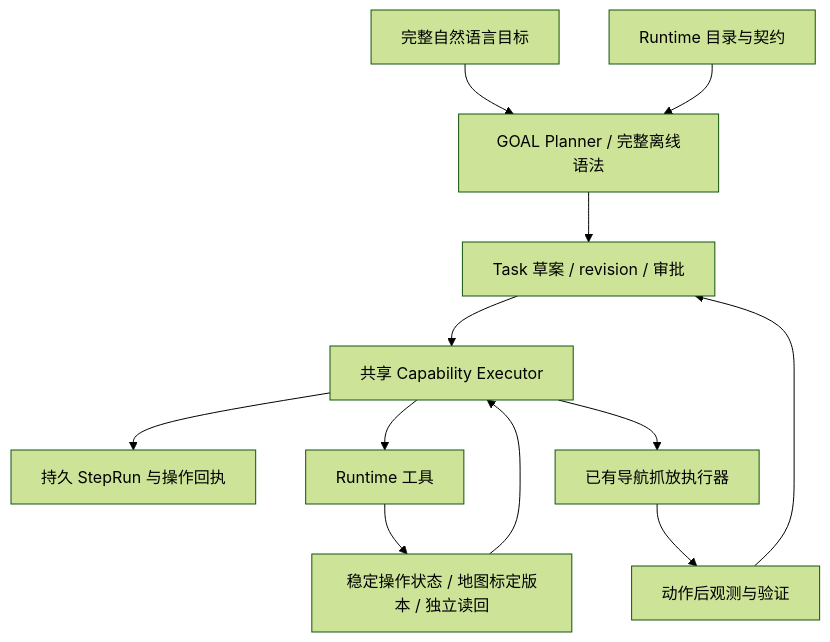
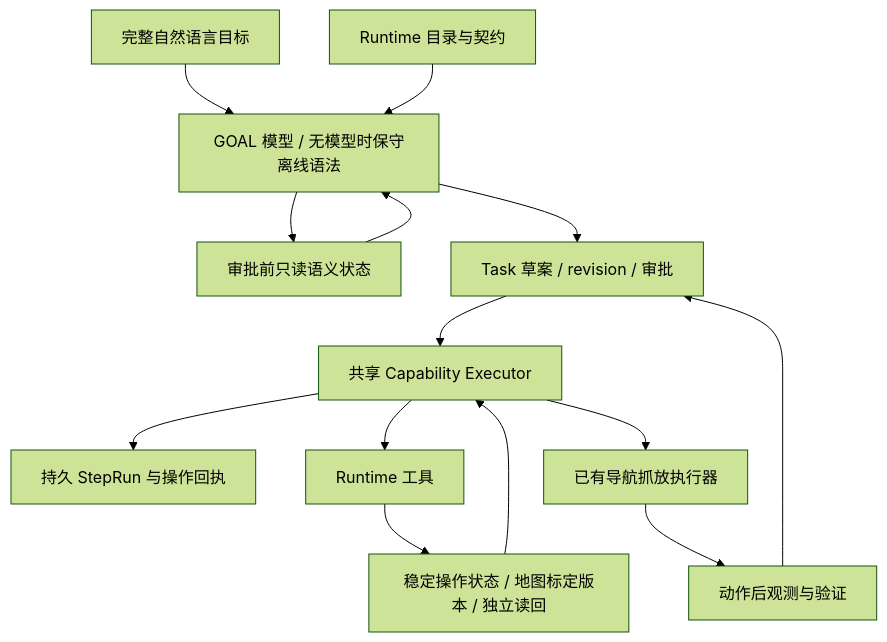
The diagram in docs/guides/unified-capability-goals.md (SUSTechWLA/tangying-robot-agent-os), drawn with Mermaid (forest theme) before and after one commit. The commit also changed other lines of this file and 27 other files, not shown here.

```diff
--- a/docs/guides/unified-capability-goals.md
+++ b/docs/guides/unified-capability-goals.md
@@ -24,14 +24,16 @@
 ~~~mermaid
 flowchart TD
-    U[完整自然语言目标] --> P[GOAL Planner / 完整离线语法]
+    U[完整自然语言目标] --> P[GOAL 模型 / 无模型时保守离线语法]
     C[Runtime 目录与契约] --> P
+    P --> Q[审批前只读语义状态]
+    Q --> P
     P --> T[Task 草案 / revision / 审批]
     T --> E[共享 Capability Executor]
     E --> J[持久 StepRun 与操作回执]
     E --> R[Runtime 工具]
     R --> V[稳定操作状态 / 地图标定版本 / 独立读回]
     V --> E
     E --> L[已有导航抓放执行器]
     L --> A[动作后观测与验证]
     A --> T
 ~~~
```
